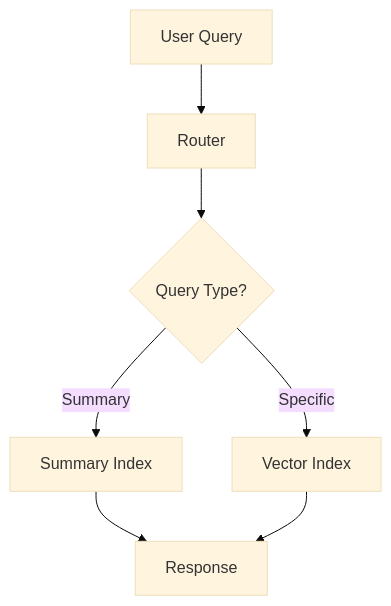
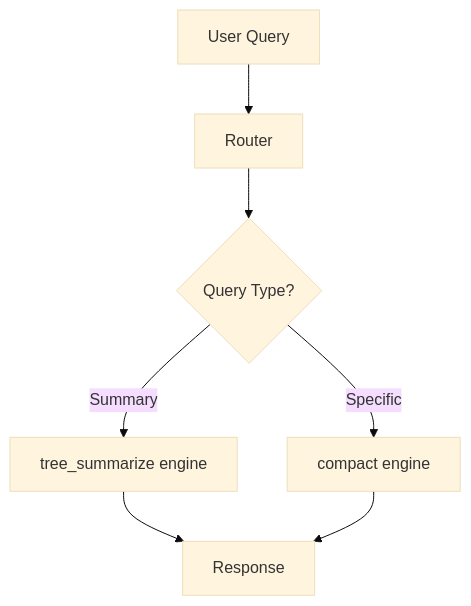
One commit to akshkr/akashnotes changed the fourth of 9 diagrams in Phase_3_Single_Agent/Day_045_llamaindex_and_framework_comparison/llamaindex_and_framework_comparison.md. Above: the diagram before and after it, drawn with Mermaid (base theme). The commit also changed other lines of this file and 37 other files, not shown here.

````diff
--- a/Phase_3_Single_Agent/Day_045_llamaindex_and_framework_comparison/llamaindex_and_framework_comparison.md
+++ b/Phase_3_Single_Agent/Day_045_llamaindex_and_framework_comparison/llamaindex_and_framework_comparison.md
@@ -368,9 +365,9 @@
 ```mermaid
 flowchart TB
     A["User Query"] --> B["Router"]
     B --> C{"Query Type?"}
-    C -->|"Summary"| D["Summary Index"]
-    C -->|"Specific"| E["Vector Index"]
+    C -->|"Summary"| D["tree_summarize engine"]
+    C -->|"Specific"| E["compact engine"]
     D --> F["Response"]
     E --> F
 ```
````
